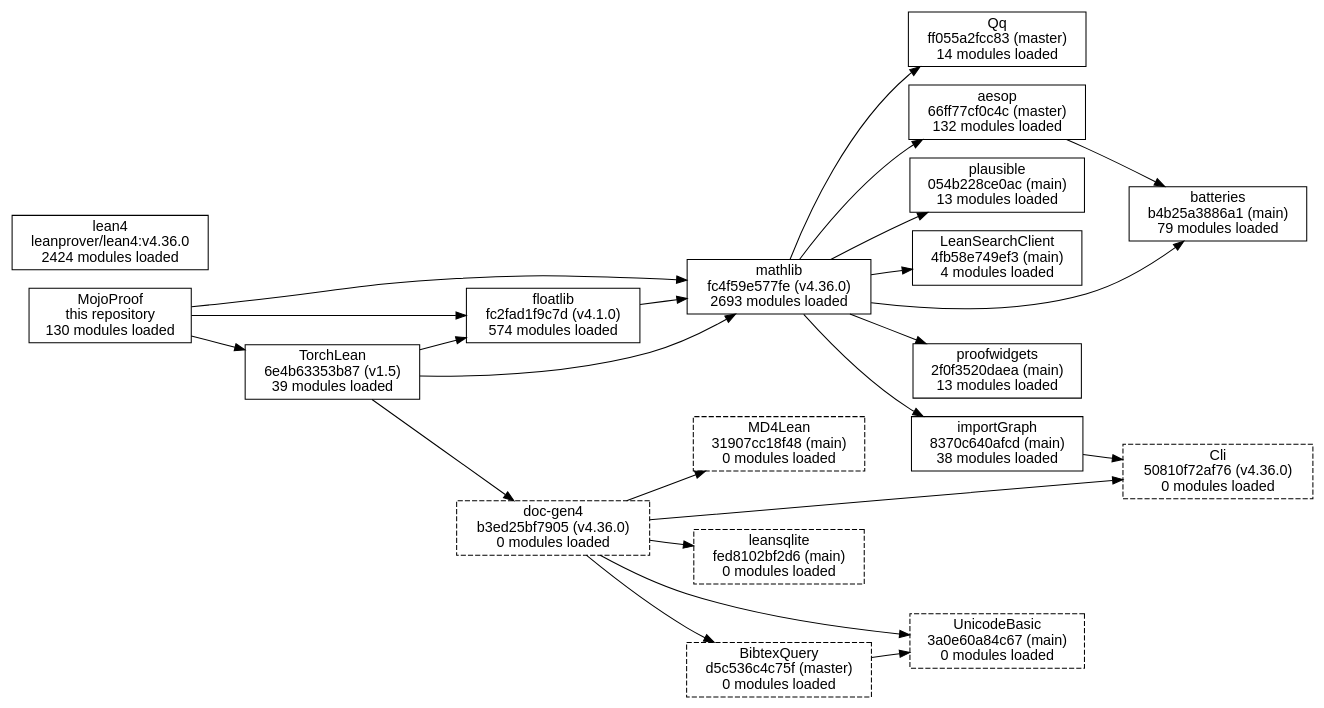
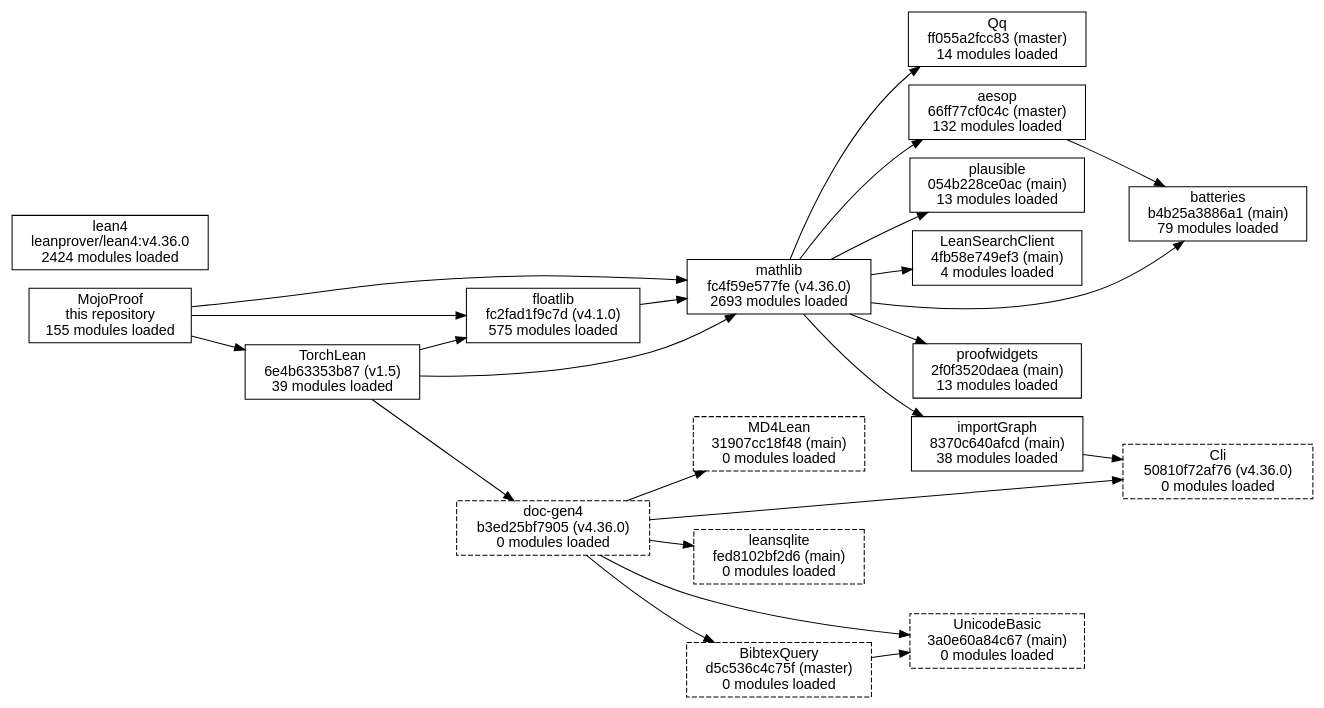
One commit to Robertboy18/MojoProof changed the diagram in docs/deps/packages.dot. Above: the diagram before and after it, drawn with Graphviz. The commit also changed 225 other files, not shown here.

First line of the commit message:
The naive matrix product's kernel theorem, GPU-run records for vector add, multiply and subtract, mutation kills, the roadmap at its computed levels, and richer CI checks for pull requests

```diff
--- a/docs/deps/packages.dot
+++ b/docs/deps/packages.dot
@@ -1,44 +1,44 @@
 digraph packages {
   rankdir=LR;
   node [shape=box, fontname="Helvetica"];
-  "MojoProof" [label="MojoProof\nthis repository\n130 modules loaded"];
+  "MojoProof" [label="MojoProof\nthis repository\n155 modules loaded"];
   "mathlib" [label="mathlib\nfc4f59e577fe (v4.36.0)\n2693 modules loaded"];
   "TorchLean" [label="TorchLean\n6e4b63353b87 (v1.5)\n39 modules loaded"];
-  "floatlib" [label="floatlib\nfc2fad1f9c7d (v4.1.0)\n574 modules loaded"];
+  "floatlib" [label="floatlib\nfc2fad1f9c7d (v4.1.0)\n575 modules loaded"];
   "plausible" [label="plausible\n054b228ce0ac (main)\n13 modules loaded"];
   "LeanSearchClient" [label="LeanSearchClient\n4fb58e749ef3 (main)\n4 modules loaded"];
   "importGraph" [label="importGraph\n8370c640afcd (main)\n38 modules loaded"];
   "proofwidgets" [label="proofwidgets\n2f0f3520daea (main)\n13 modules loaded"];
   "aesop" [label="aesop\n66ff77cf0c4c (master)\n132 modules loaded"];
   "Qq" [label="Qq\nff055a2fcc83 (master)\n14 modules loaded"];
   "batteries" [label="batteries\nb4b25a3886a1 (main)\n79 modules loaded"];
   "doc-gen4" [label="doc-gen4\nb3ed25bf7905 (v4.36.0)\n0 modules loaded", style="dashed"];
   "Cli" [label="Cli\n50810f72af76 (v4.36.0)\n0 modules loaded", style="dashed"];
   "leansqlite" [label="leansqlite\nfed8102bf2d6 (main)\n0 modules loaded", style="dashed"];
   "UnicodeBasic" [label="UnicodeBasic\n3a0e60a84c67 (main)\n0 modules loaded", style="dashed"];
   "BibtexQuery" [label="BibtexQuery\nd5c536c4c75f (master)\n0 modules loaded", style="dashed"];
   "MD4Lean" [label="MD4Lean\n31907cc18f48 (main)\n0 modules loaded", style="dashed"];
   "lean4" [label="lean4\nleanprover/lean4:v4.36.0\n2424 modules loaded"];
   "BibtexQuery" -> "UnicodeBasic";
   "MojoProof" -> "TorchLean";
   "MojoProof" -> "floatlib";
   "MojoProof" -> "mathlib";
   "TorchLean" -> "doc-gen4";
   "TorchLean" -> "floatlib";
   "TorchLean" -> "mathlib";
   "aesop" -> "batteries";
   "doc-gen4" -> "BibtexQuery";
   "doc-gen4" -> "Cli";
   "doc-gen4" -> "MD4Lean";
   "doc-gen4" -> "UnicodeBasic";
   "doc-gen4" -> "leansqlite";
   "floatlib" -> "mathlib";
   "importGraph" -> "Cli";
   "mathlib" -> "LeanSearchClient";
   "mathlib" -> "Qq";
   "mathlib" -> "aesop";
   "mathlib" -> "batteries";
   "mathlib" -> "importGraph";
   "mathlib" -> "plausible";
   "mathlib" -> "proofwidgets";
 }
```
